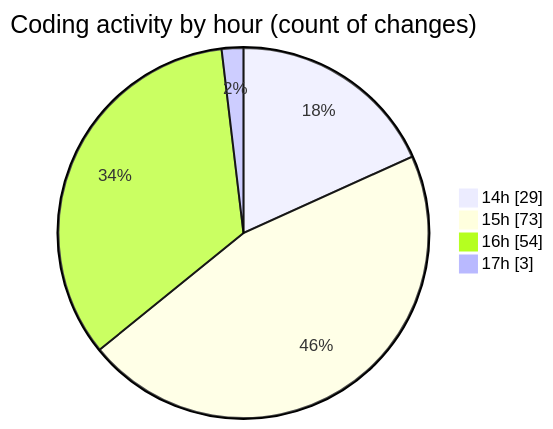
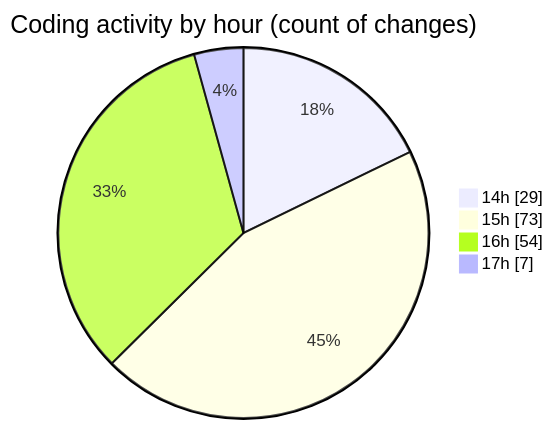
One commit to CELIANVF/code-tracking changed the second of 2 diagrams in 2025-06-05/ecodeli-1/README.md. Above: the diagram before and after it, drawn with Mermaid. The commit also changed other lines of this file and 1 other file, not shown here.

````diff
--- a/2025-06-05/ecodeli-1/README.md
+++ b/2025-06-05/ecodeli-1/README.md
@@ -83,8 +84,8 @@
 ```mermaid
 pie showData
 title Coding activity by hour (count of changes)
 "14h" : 29
 "15h" : 73
 "16h" : 54
-"17h" : 3
+"17h" : 7
 ```
````
